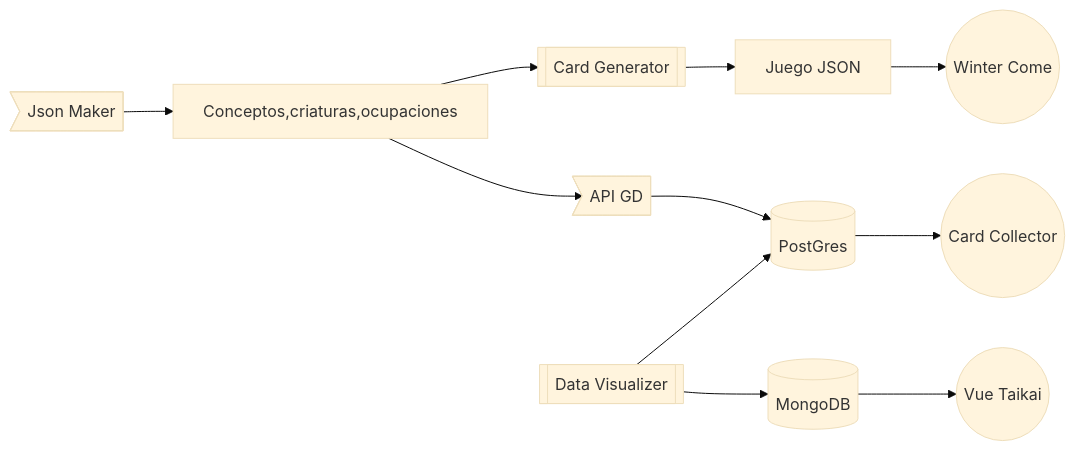
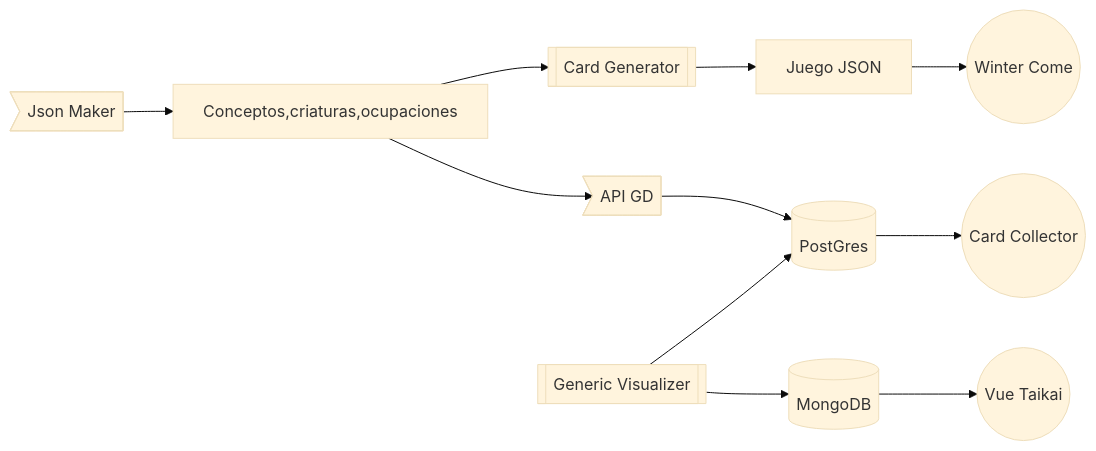
Before and after one commit to sebastiap/gaming-triad: the first of 2 diagrams in README.md, drawn with Mermaid (base theme). The commit also changed other lines of this file, not shown here.

Commit message:
Update README.md with Generic Visualiser

````diff
--- a/README.md
+++ b/README.md
@@ -25,10 +28,10 @@
 ```mermaid
 graph LR
     B>Json Maker] --> Con[Conceptos,criaturas,ocupaciones] 
     C[Juego JSON] --> W((Winter Come))
     Con--> CG[[Card Generator]] --> C
     Con --> GdCrud
-    VDATA[[Data Visualizer]] --> BDP[("PostGres")]
+    VDATA[[Generic Visualizer]] --> BDP[("PostGres")]
     VDATA --> BDM[("MongoDB")] --> Y((Vue Taikai))
     GdCrud>API GD] --> BDP --> Z((Card Collector))
 ```
````
